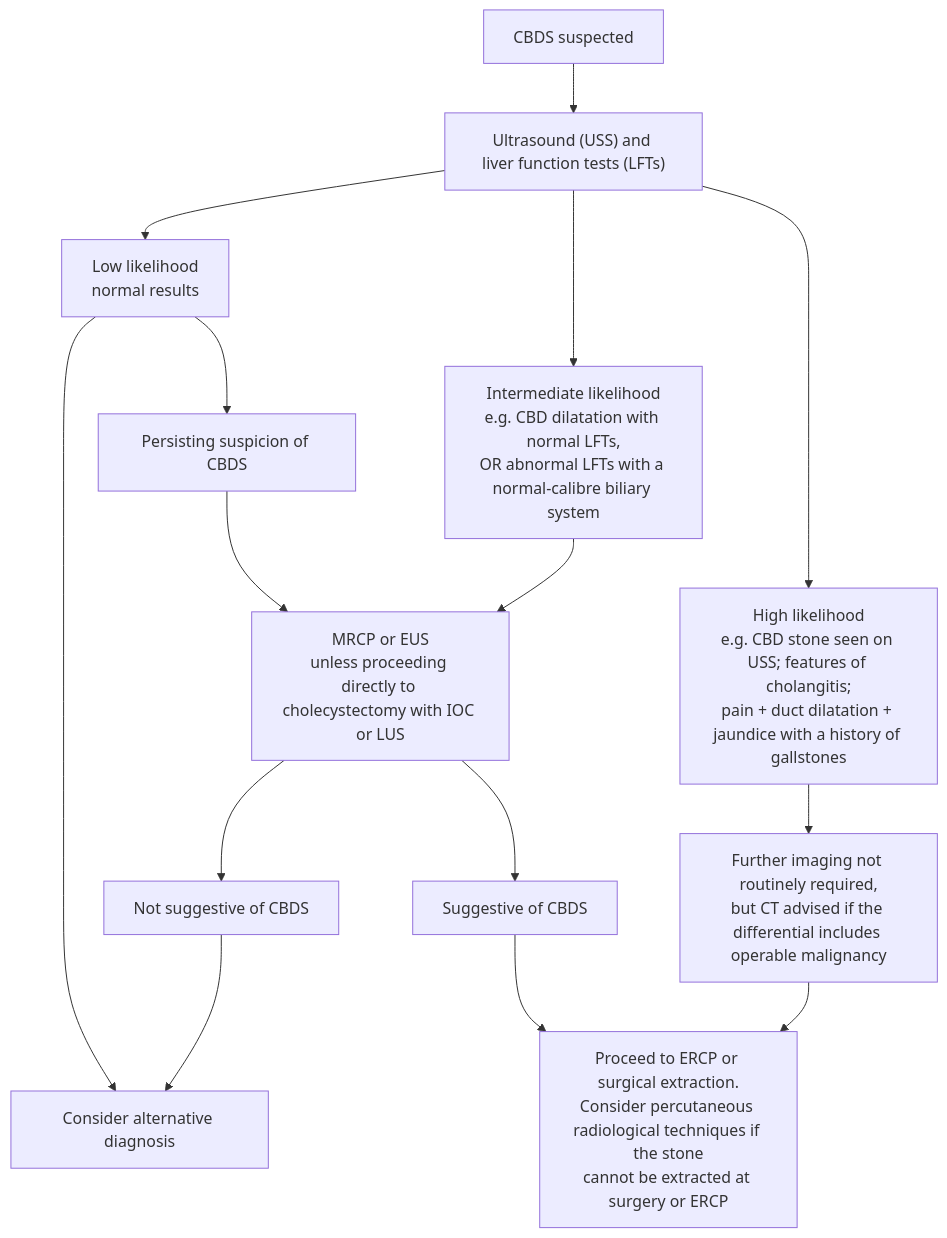
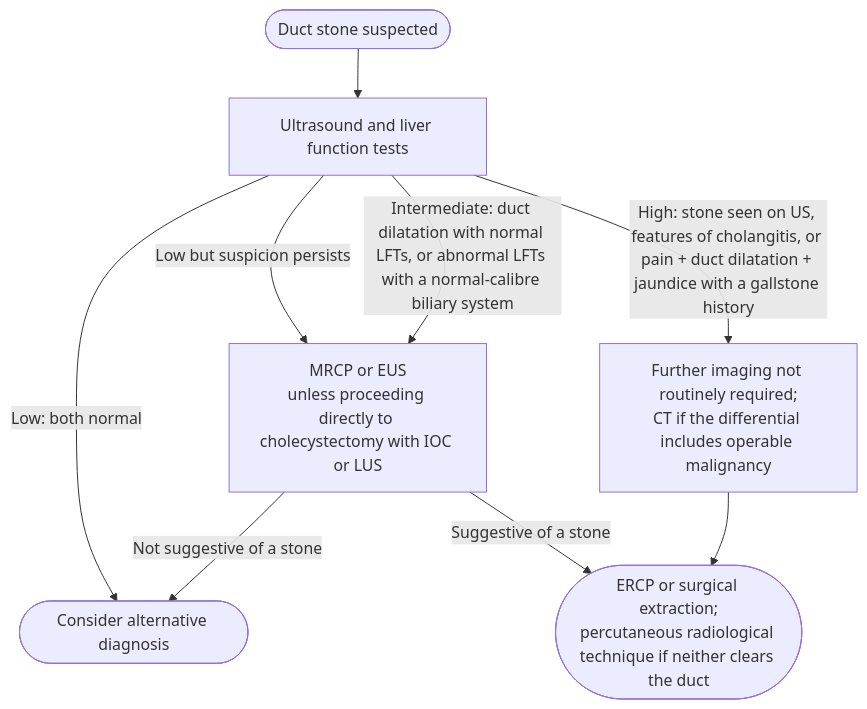
The diagram in KHNL-GI-Wiki/wiki/1-disease-scripts/pancreaticobiliary-diseases/choledocholithiasis.md (KHNickLeMD/KHNL-GI-Wiki), drawn with Mermaid before and after one commit. The commit also changed other lines of this file and 2 other files, not shown here.

````diff
--- a/KHNL-GI-Wiki/wiki/1-disease-scripts/pancreaticobiliary-diseases/choledocholithiasis.md
+++ b/KHNL-GI-Wiki/wiki/1-disease-scripts/pancreaticobiliary-diseases/choledocholithiasis.md
@@ -63,17 +56,15 @@
 ```mermaid
 flowchart TD
-    A["CBDS suspected"] --> B["Ultrasound (USS) and liver function tests (LFTs)"]
-    B --> L["Low likelihood<br/>normal results"]
-    B --> I["Intermediate likelihood<br/>e.g. CBD dilatation with normal LFTs,<br/>OR abnormal LFTs with a normal-calibre biliary system"]
-    B --> H["High likelihood<br/>e.g. CBD stone seen on USS; features of cholangitis;<br/>pain + duct dilatation + jaundice with a history of gallstones"]
-    L --> LA["Consider alternative diagnosis"]
-    L --> LP["Persisting suspicion of CBDS"]
-    LP --> M
-    I --> M["MRCP or EUS<br/>unless proceeding directly to cholecystectomy with IOC or LUS"]
-    H --> HC["Further imaging not routinely required,<br/>but CT advised if the differential includes operable malignancy"]
-    M --> MN["Not suggestive of CBDS"]
-    M --> MS["Suggestive of CBDS"]
-    MN --> LA
-    MS --> T
-    HC --> T["Proceed to ERCP or surgical extraction.<br/>Consider percutaneous radiological techniques if the stone<br/>cannot be extracted at surgery or ERCP"]
+    A(["Duct stone suspected"]) --> B["Ultrasound and liver function tests"]
+    B -- "Low: both normal" --> C(["Consider alternative diagnosis"])
+    B -- "Low but suspicion persists" --> M
+    B -- "Intermediate: duct dilatation with normal LFTs, or abnormal LFTs with a normal-calibre biliary system" --> M["MRCP or EUS<br/>unless proceeding directly to cholecystectomy with IOC or LUS"]
+    B -- "High: stone seen on US, features of cholangitis, or pain + duct dilatation + jaundice with a gallstone history" --> H["Further imaging not routinely required;<br/>CT if the differential includes operable malignancy"]
+    M -- "Not suggestive of a stone" --> C
+    M -- "Suggestive of a stone" --> T
+    H --> T(["ERCP or surgical extraction;<br/>percutaneous radiological technique if neither clears the duct"])
+    class A start
+    class B,M,H test
+    class T act
+    class C stop
 ```
````
